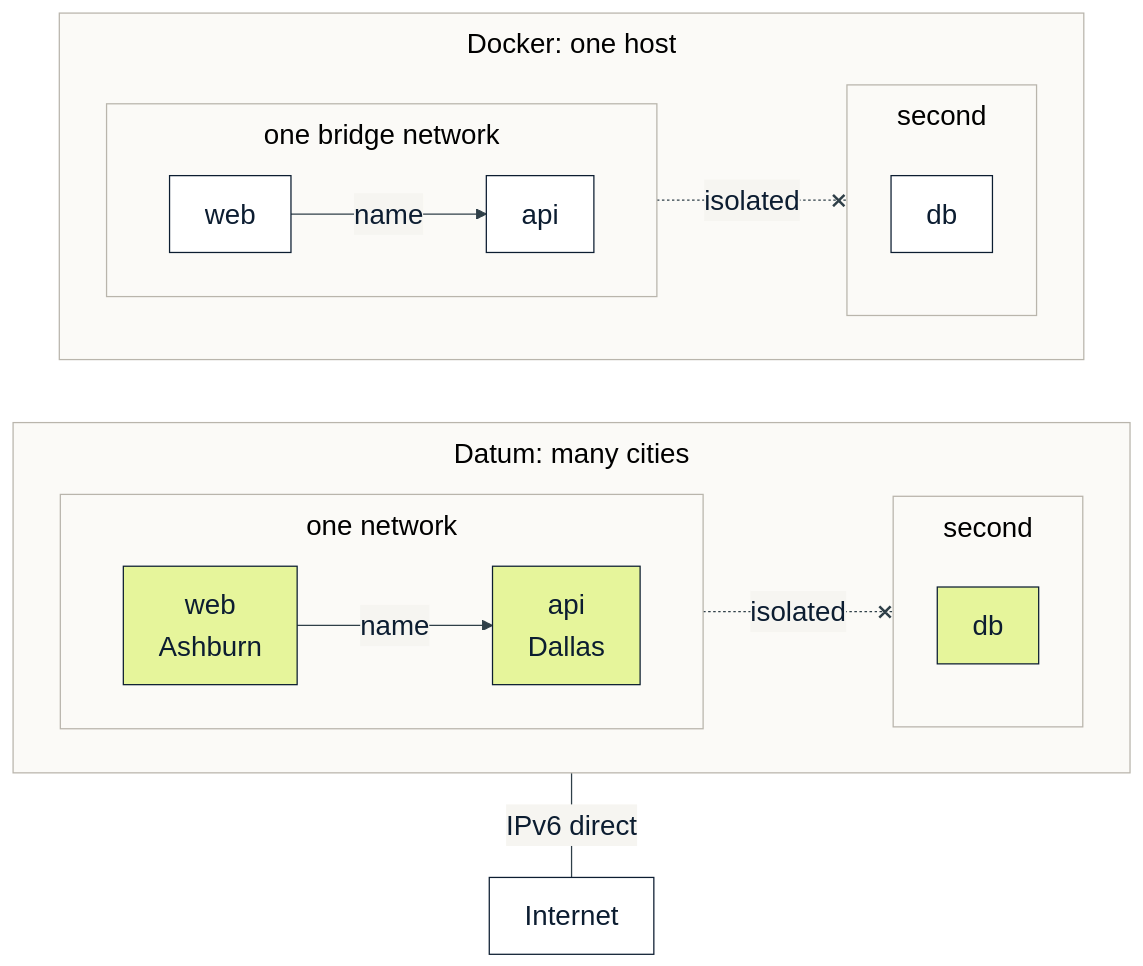
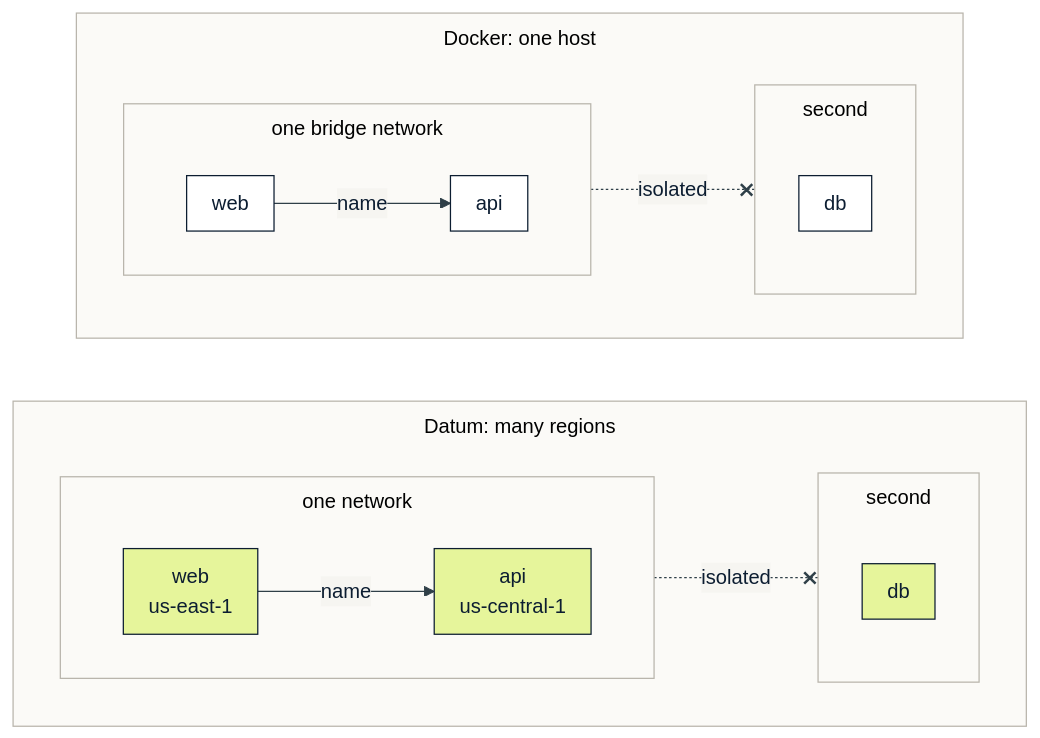
The diagram in assets/datumctl-docker-podman/04-networks.md (datum-labs/shorts), drawn with Mermaid before and after one commit. The commit also changed other lines of this file and 12 other files, not shown here.

First line of the commit message:
shorts(compute): use regions instead of city names, shrink diagrams

````diff
--- a/assets/datumctl-docker-podman/04-networks.md
+++ b/assets/datumctl-docker-podman/04-networks.md
@@ -5,66 +5,64 @@
 ```mermaid
 ---
 config:
   theme: base
   flowchart:
-    wrappingWidth: 420
-    padding: 14
+    wrappingWidth: 300
+    padding: 10
     subGraphTitleMargin:
       top: 8
       bottom: 14
   themeVariables:
     fontFamily: "DejaVu Sans, Verdana, sans-serif"
-    fontSize: "22px"
+    fontSize: "16px"
     primaryColor: "#F6F5F1"
     primaryTextColor: "#0C1D31"
     primaryBorderColor: "#0C1D31"
     lineColor: "#2F3F48"
     clusterBkg: "#FBFAF7"
     clusterBorder: "#B9B5AC"
     labelBackground: "#F6F5F1"
     edgeLabelBackground: "#F6F5F1"
     mainBkg: "#F6F5F1"
 ---
 flowchart TB
   subgraph DK["Docker: one host"]
     direction LR
     subgraph N1["one bridge network"]
       direction LR
       c1["web"]
       c2["api"]
       c1 -->|"name"| c2
     end
     subgraph N2["second"]
       c3["db"]
     end
     N1 -.-x|"isolated"| N2
   end
-  subgraph DT["Datum: many cities"]
+  subgraph DT["Datum: many regions"]
     direction LR
     subgraph M1["one network"]
       direction LR
-      i1["web<br/>Ashburn"]
-      i2["api<br/>Dallas"]
+      i1["web<br/>us-east-1"]
+      i2["api<br/>us-central-1"]
       i1 -->|"name"| i2
     end
     subgraph M2["second"]
       i3["db"]
     end
     M1 -.-x|"isolated"| M2
   end
-  net["Internet"]
   DK ~~~ DT
-  DT ---|"IPv6 direct"| net
-  class c1,c2,c3,net iwhite
+  class c1,c2,c3 iwhite
   class i1,i2,i3 ilime
   classDef navy fill:#0C1D31,stroke:#0C1D31,color:#F6F5F1
   classDef pink fill:#EBCFD2,stroke:#B5605E,color:#0C1D31
   classDef lime fill:#E6F59B,stroke:#7C8A2E,color:#0C1D31
   classDef cream fill:#F6F5F1,stroke:#8A8E99,color:#0C1D31
   classDef bad fill:#F7D4D2,stroke:#B5605E,color:#7A1F1A,stroke-width:2px
   classDef good fill:#E6F59B,stroke:#5E6B1E,color:#0C1D31,stroke-width:2px
   classDef inavy fill:#0C1D31,stroke:#E6F59B,color:#0C1D31
   classDef ipink fill:#EBCFD2,stroke:#B5605E,color:#0C1D31
   classDef ilime fill:#E6F59B,stroke:#0C1D31,color:#0C1D31
   classDef iwhite fill:#FFFFFF,stroke:#0C1D31,color:#0C1D31
 ```
````
